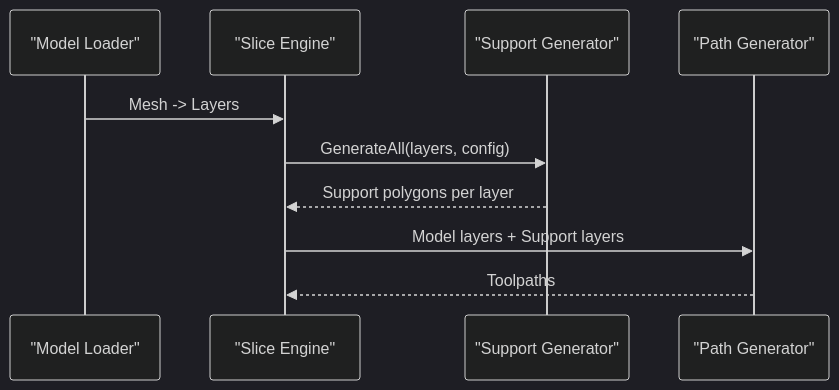
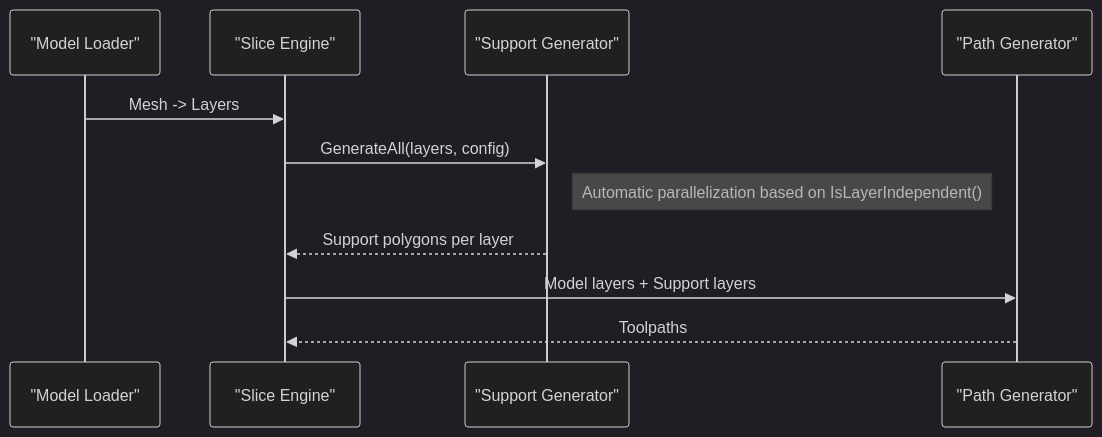
Before and after one commit to hsmbanlance/HsBaSlicer: diagram 12 of 12 in .qoder/repowiki/en/content/Core Modules/Support Structure System (support_)/Support Structure System (support_).md, drawn with Mermaid (dark theme). The commit also changed other lines of this file and 365 other files, not shown here.

````diff
--- a/.qoder/repowiki/en/content/Core Modules/Support Structure System (support_)/Support Structure System (support_).md
+++ b/.qoder/repowiki/en/content/Core Modules/Support Structure System (support_)/Support Structure System (support_).md
@@ -471,12 +560,13 @@
 ```mermaid
 sequenceDiagram
 participant Model as "Model Loader"
 participant Slice as "Slice Engine"
 participant Support as "Support Generator"
 participant Path as "Path Generator"
 Model->>Slice : Mesh -> Layers
 Slice->>Support : GenerateAll(layers, config)
+Note right of Support : Automatic parallelization based on IsLayerIndependent()
 Support-->>Slice : Support polygons per layer
 Slice->>Path : Model layers + Support layers
 Path-->>Slice : Toolpaths
 ```
````
